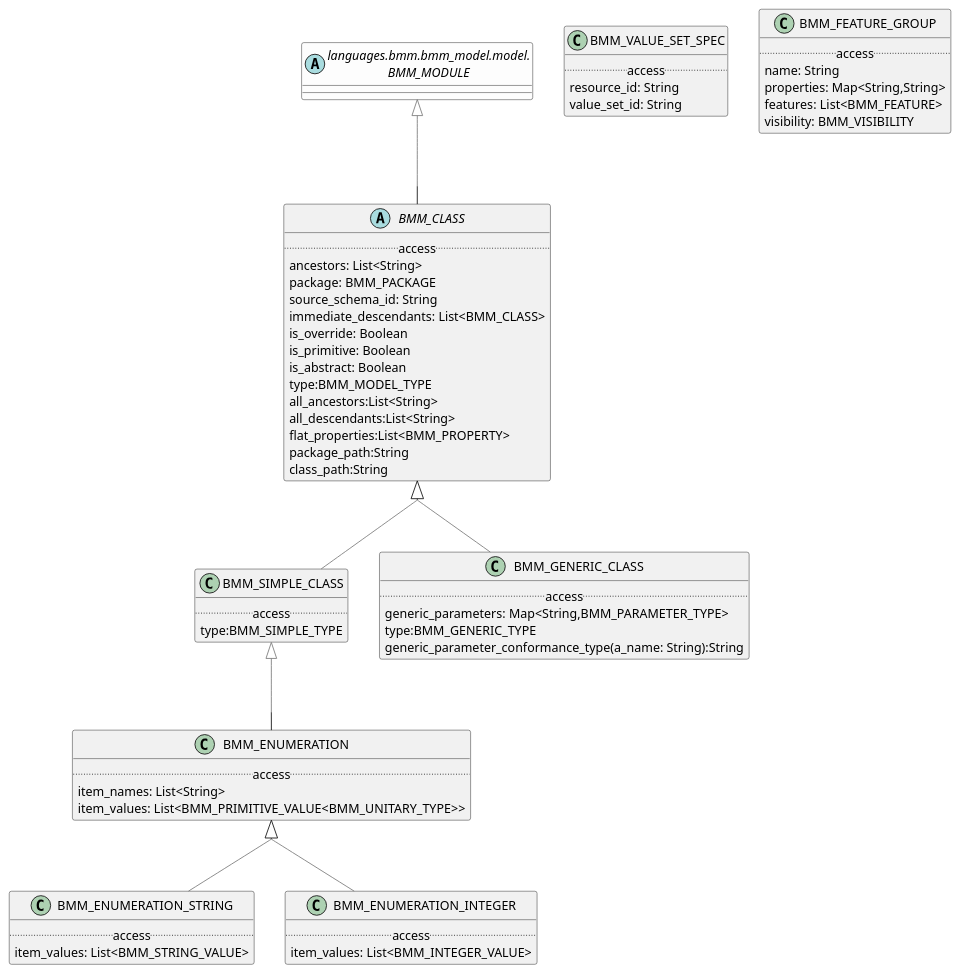
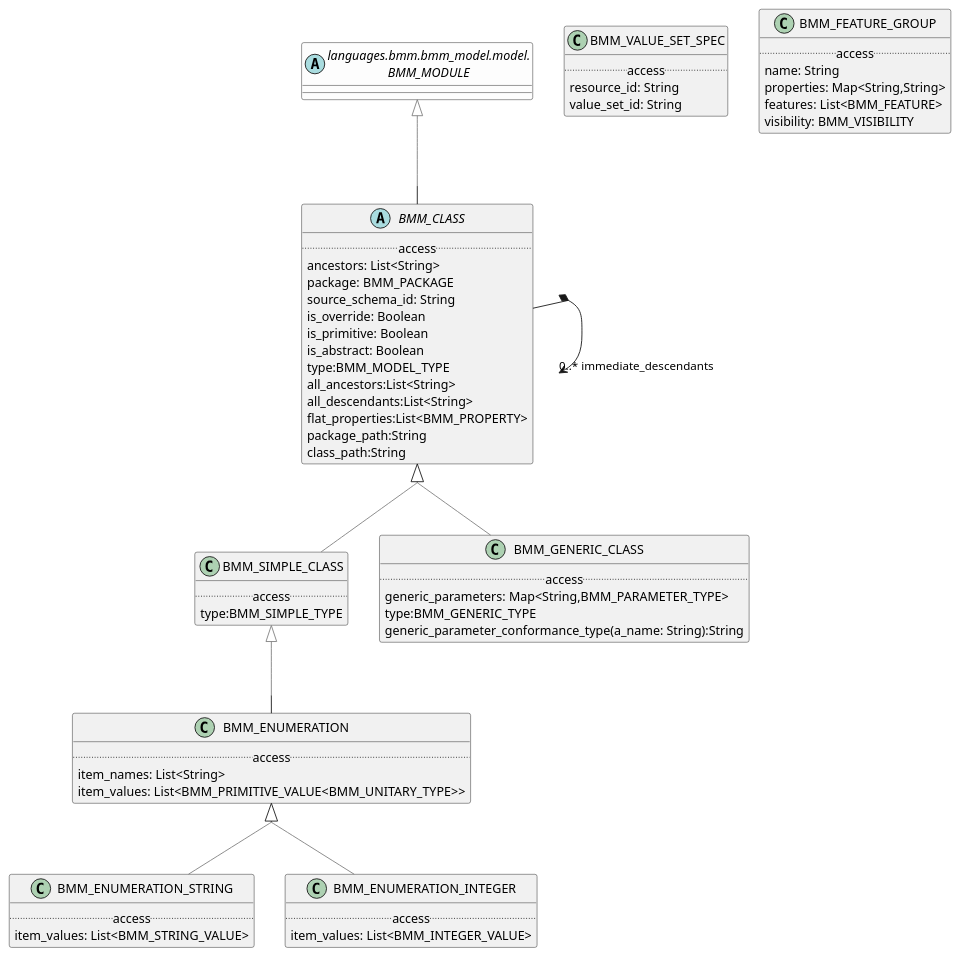
Before and after one commit to wolandscat/openehr-doc: the diagram in modules/ROOT/examples/bmm/languages/bmm/bmm_model/class/class-package-uml.adoc, drawn with PlantUML. The commit also changed 26 other files, not shown here.

```diff
--- a/modules/ROOT/examples/bmm/languages/bmm/bmm_model/class/class-package-uml.adoc
+++ b/modules/ROOT/examples/bmm/languages/bmm/bmm_model/class/class-package-uml.adoc
@@ -45,7 +45,6 @@
         ancestors: List<String>
         package: BMM_PACKAGE
         source_schema_id: String
-        immediate_descendants: List<BMM_CLASS>
         is_override: Boolean
         is_primitive: Boolean
         is_abstract: Boolean
@@ -59,6 +58,8 @@
 
 BMM_CLASS -[#gray]up-|> BMM_MODULE  
 
+
+BMM_CLASS *--> "0..* immediate_descendants" BMM_CLASS
 
 class BMM_ENUMERATION [[/openehr-doc/latest/languages/bmm-gen.html#_class_bmm_enumeration]] {
         .. access ..
```
